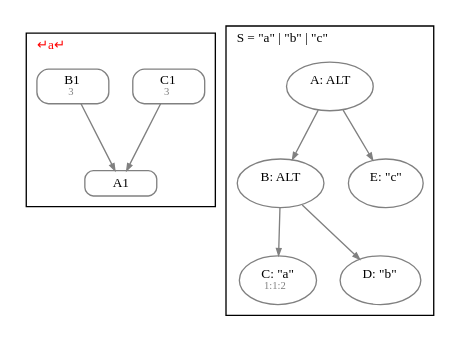
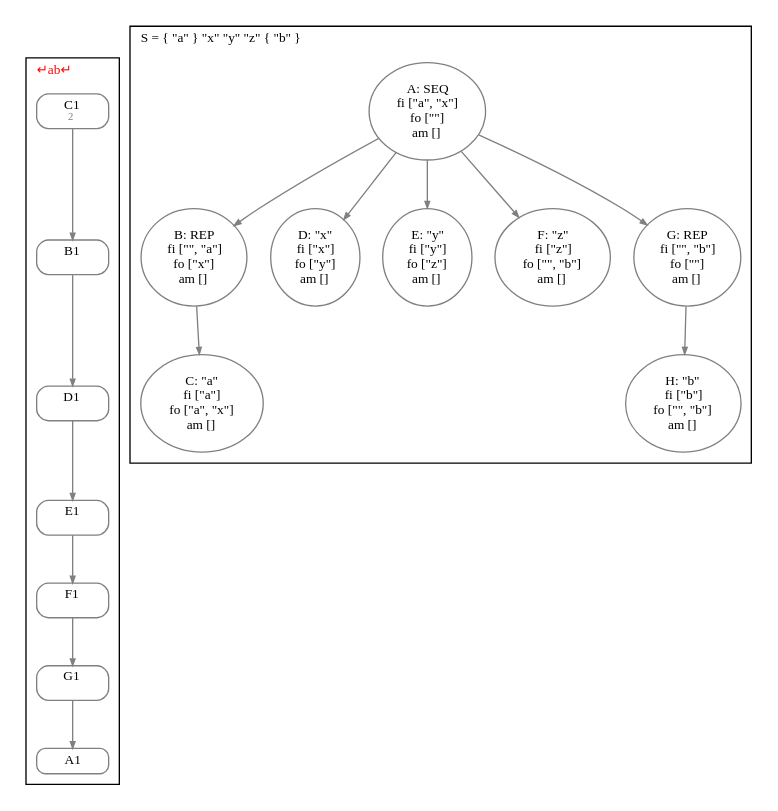
One commit to JanWillemBrands/AoC2021 changed the diagram in diagram.gv. Above: the diagram before and after it, drawn with Graphviz. The commit also changed 13 other files, not shown here.

```diff
--- a/diagram.gv
+++ b/diagram.gv
@@ -1,33 +1,47 @@
 digraph G {
   fontname = Menlo
   fontsize = 10
   node [fontname = Menlo, fontsize = 10, color = gray]
   edge [fontname = Menlo, fontsize = 10, color = gray, arrowsize = 0.5]
 
   graph [ordering = out]
   subgraph GSS {
     cluster = true
-    label = <↵a↵> fontcolor = red
+    label = <↵ab↵> fontcolor = red
     labeljust = l
     node [shape = box, style = rounded, height = 0]
-    C1 [label = <C1<br/><font color="gray" point-size="8.0"> 3</font>>]
-    C1 -> A1
-    B1 [label = <B1<br/><font color="gray" point-size="8.0"> 3</font>>]
-    B1 -> A1
+    G1 [label = <G1<br/><font color="gray" point-size="8.0"> </font>>]
+    G1 -> A1
+    F1 [label = <F1<br/><font color="gray" point-size="8.0"> </font>>]
+    F1 -> G1
+    E1 [label = <E1<br/><font color="gray" point-size="8.0"> </font>>]
+    E1 -> F1
+    D1 [label = <D1<br/><font color="gray" point-size="8.0"> </font>>]
+    D1 -> E1
+    C1 [label = <C1<br/><font color="gray" point-size="8.0"> 2</font>>]
+    C1 -> B1
+    B1 [label = <B1<br/><font color="gray" point-size="8.0"> </font>>]
+    B1 -> D1
   }
   subgraph S {
     cluster = true
-    label = <S = "a" | "b" | "c">
+    label = <S = { "a" } "x" "y" "z" { "b" }>
     labeljust = l
     node [shape = ellipse, height = 0]
-    A [label = <A: ALT<br/><font color="gray" point-size="8.0"> </font>>]
+    A [label = <A: SEQ<br/>fi ["a", "x"]<br/>fo [""]<br/>am []>]
     A -> B
-    B [label = <B: ALT<br/><font color="gray" point-size="8.0"> </font>>]
+    B [label = <B: REP<br/>fi ["", "a"]<br/>fo ["x"]<br/>am []>]
     B -> C
-    C [label = <C: "a"<br/><font color="gray" point-size="8.0"> 1:1:2</font>>]
-    B -> D
-    D [label = <D: "b"<br/><font color="gray" point-size="8.0"> </font>>]
+    C [label = <C: "a"<br/>fi ["a"]<br/>fo ["a", "x"]<br/>am []>]
+    A -> D
+    D [label = <D: "x"<br/>fi ["x"]<br/>fo ["y"]<br/>am []>]
     A -> E
-    E [label = <E: "c"<br/><font color="gray" point-size="8.0"> </font>>]
+    E [label = <E: "y"<br/>fi ["y"]<br/>fo ["z"]<br/>am []>]
+    A -> F
+    F [label = <F: "z"<br/>fi ["z"]<br/>fo ["", "b"]<br/>am []>]
+    A -> G
+    G [label = <G: REP<br/>fi ["", "b"]<br/>fo [""]<br/>am []>]
+    G -> H
+    H [label = <H: "b"<br/>fi ["b"]<br/>fo ["", "b"]<br/>am []>]
   }
 }
```
